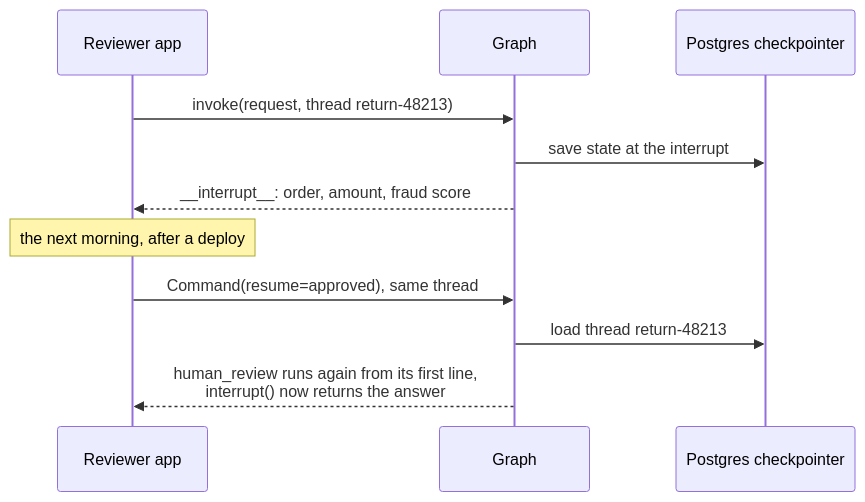
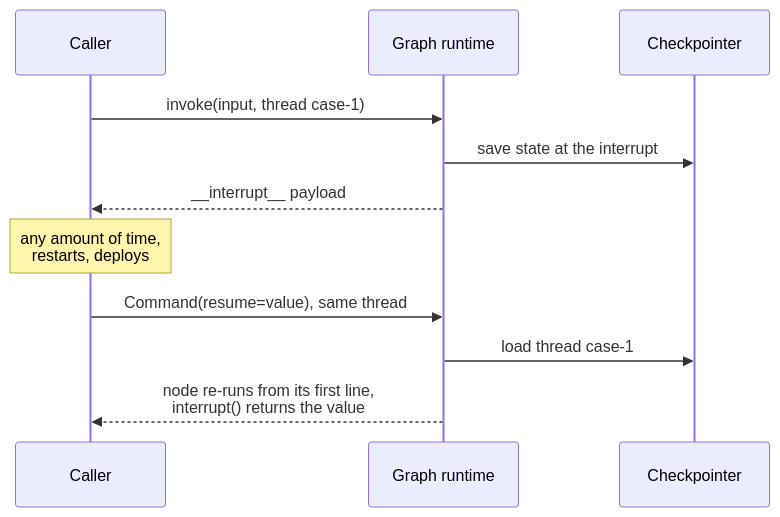
One commit to shubamchaudhary/CodeNITW changed the sixth of 9 diagrams in src/Data/aiStackDocs/CH-14.md. Above: the diagram before and after it, drawn with Mermaid. The commit also changed other lines of this file and 7 other files, not shown here.

````diff
--- a/src/Data/aiStackDocs/CH-14.md
+++ b/src/Data/aiStackDocs/CH-14.md
@@ -218,13 +232,13 @@
 ```mermaid
 sequenceDiagram
-    participant R as Reviewer app
-    participant G as Graph
-    participant DB as Postgres checkpointer
-    R->>G: invoke(request, thread return-48213)
+    participant C as Caller
+    participant G as Graph runtime
+    participant DB as Checkpointer
+    C->>G: invoke(input, thread case-1)
     G->>DB: save state at the interrupt
-    G-->>R: __interrupt__: order, amount, fraud score
-    Note over R: the next morning, after a deploy
-    R->>G: Command(resume=approved), same thread
-    G->>DB: load thread return-48213
-    G-->>R: human_review runs again from its first line,<br/>interrupt() now returns the answer
+    G-->>C: __interrupt__ payload
+    Note over C: any amount of time,<br/>restarts, deploys
+    C->>G: Command(resume=value), same thread
+    G->>DB: load thread case-1
+    G-->>C: node re-runs from its first line,<br/>interrupt() returns the value
 ```
````
